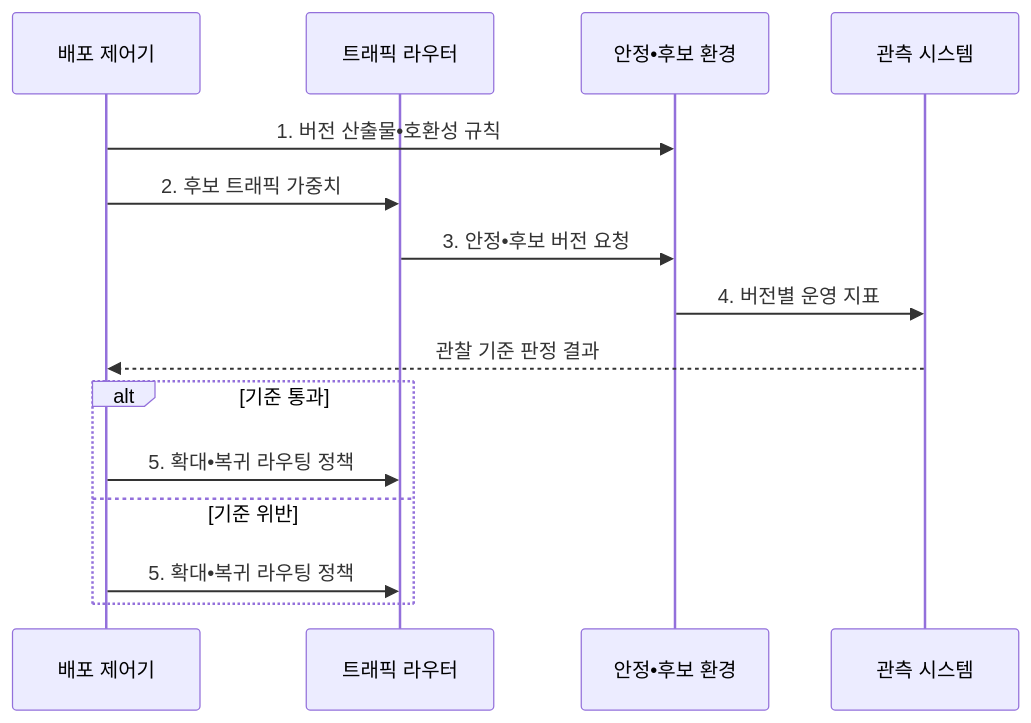
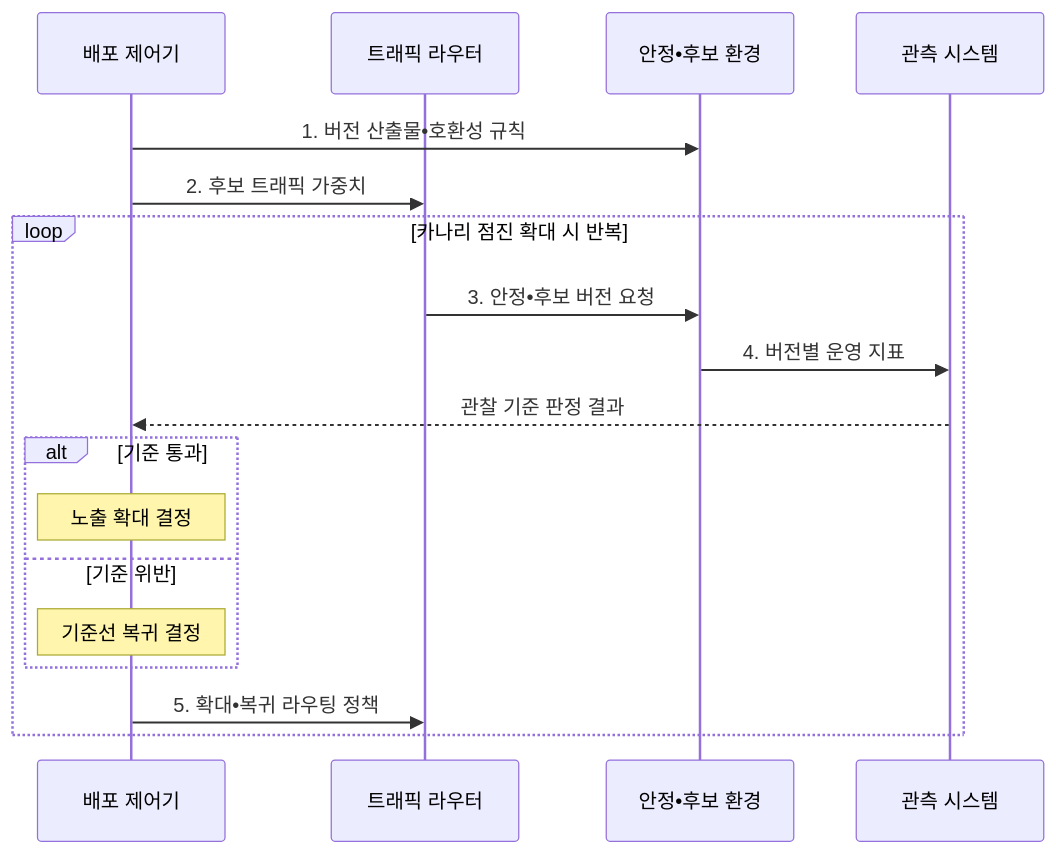
The second of 2 diagrams in src/content/docs/notes/03-software/063_canary_blue_green_deployment.md (agnusdei1207/knowledge-base), drawn with Mermaid before and after one commit. The commit also changed other lines of this file and 8 other files, not shown here.

````diff
--- a/src/content/docs/notes/03-software/063_canary_blue_green_deployment.md
+++ b/src/content/docs/notes/03-software/063_canary_blue_green_deployment.md
@@ -114,17 +114,20 @@
 ```mermaid
 sequenceDiagram
     participant D as 배포 제어기
     participant R as 트래픽 라우터
     participant V as 안정•후보 환경
     participant O as 관측 시스템
     D->>V: 1. 버전 산출물•호환성 규칙
     D->>R: 2. 후보 트래픽 가중치
-    R->>V: 3. 안정•후보 버전 요청
-    V->>O: 4. 버전별 운영 지표
-    O-->>D: 관찰 기준 판정 결과
-    alt 기준 통과
-        D->>R: 5. 확대•복귀 라우팅 정책
-    else 기준 위반
+    loop 카나리 점진 확대 시 반복
+        R->>V: 3. 안정•후보 버전 요청
+        V->>O: 4. 버전별 운영 지표
+        O-->>D: 관찰 기준 판정 결과
+        alt 기준 통과
+            Note over D: 노출 확대 결정
+        else 기준 위반
+            Note over D: 기준선 복귀 결정
+        end
         D->>R: 5. 확대•복귀 라우팅 정책
     end
 ```
````
